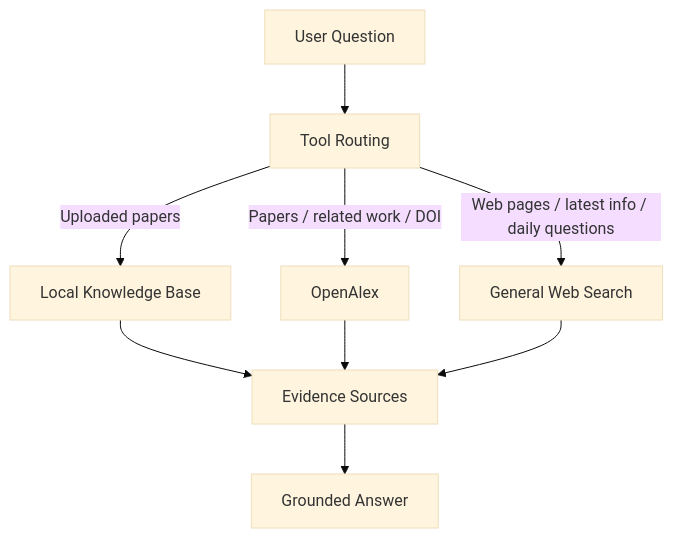
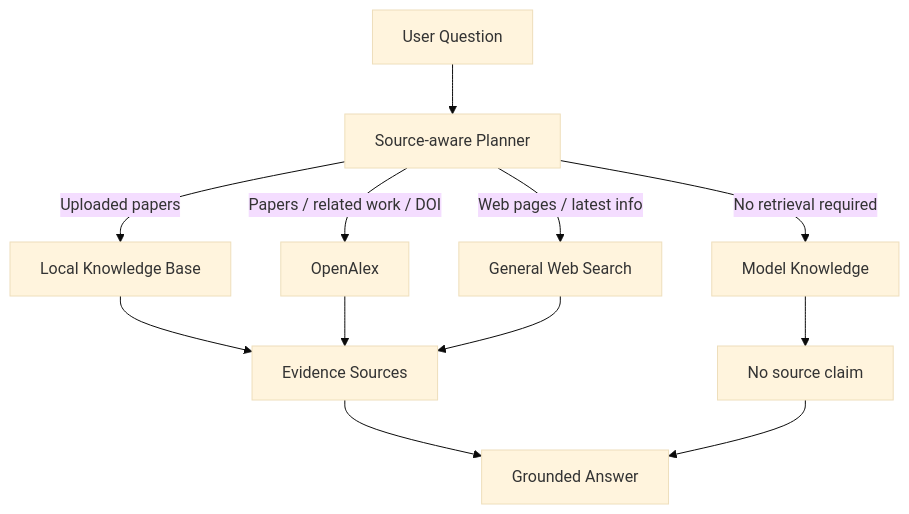
One commit to zebir-sir/agentic-rag-paper-assistant changed the sixth of 7 diagrams in README.md. Above: the diagram before and after it, drawn with Mermaid (base theme). The commit also changed other lines of this file and 32 other files, not shown here.

Commit message:
fix(agent): add source-aware retrieval planning

````diff
--- a/README.md
+++ b/README.md
@@ -196,11 +260,14 @@
 ```mermaid
 flowchart TD
-    Q[User Question] --> Router[Tool Routing]
+    Q[User Question] --> Router[Source-aware Planner]
     Router -->|Uploaded papers| Local[Local Knowledge Base]
     Router -->|Papers / related work / DOI| OA[OpenAlex]
-    Router -->|Web pages / latest info / daily questions| Web[General Web Search]
+    Router -->|Web pages / latest info| Web[General Web Search]
+    Router -->|No retrieval required| Model[Model Knowledge]
     Local --> Evidence[Evidence Sources]
     OA --> Evidence
     Web --> Evidence
+    Model --> Boundary[No source claim]
     Evidence --> Answer[Grounded Answer]
+    Boundary --> Answer
 ```
````
